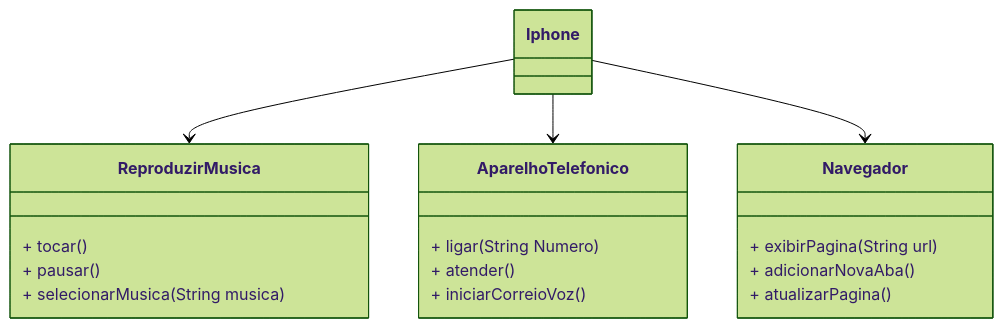
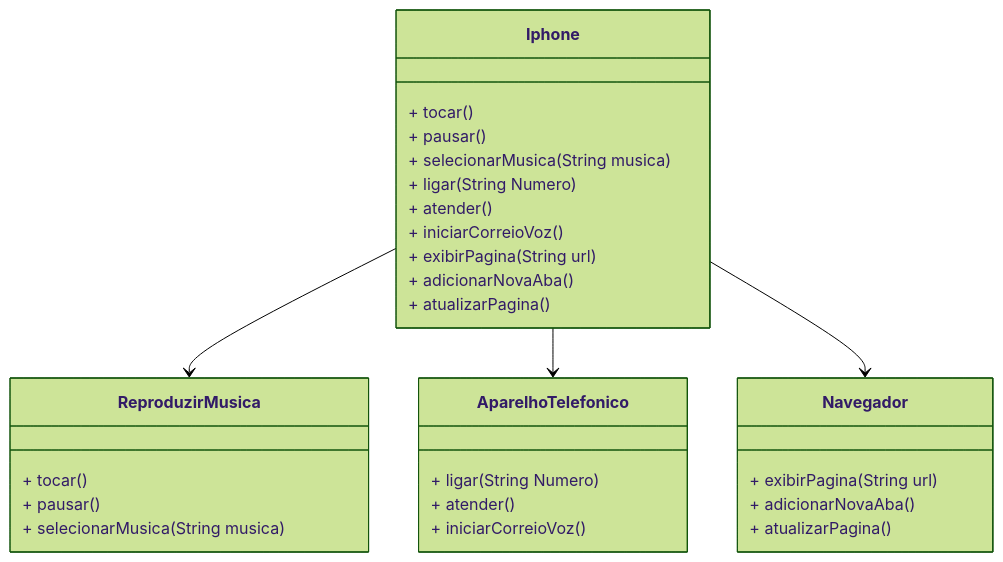
One commit to AlexBrrs15/Desafio-Iphine changed the diagram in README.md. Above: the diagram before and after it, drawn with Mermaid (forest theme).

````diff
--- a/README.md
+++ b/README.md
@@ -22,26 +22,38 @@
 ```mermaid
 classDiagram
     class ReproduzirMusica {
         + tocar() 
         + pausar() 
         + selecionarMusica(String musica) 
     }
 
     class AparelhoTelefonico {
         + ligar(String Numero) 
         + atender() 
         + iniciarCorreioVoz() 
     }
 
     class Navegador {
         + exibirPagina(String url) 
         + adicionarNovaAba() 
         + atualizarPagina() 
     }
 
     class Iphone {
+         + tocar() 
+        + pausar() 
+        + selecionarMusica(String musica)
+
+         + ligar(String Numero) 
+        + atender() 
+        + iniciarCorreioVoz()
+
+         + exibirPagina(String url) 
+        + adicionarNovaAba() 
+        + atualizarPagina() 
+      
     }
     Iphone --> ReproduzirMusica
     Iphone --> AparelhoTelefonico
     Iphone --> Navegador
 ```
````
